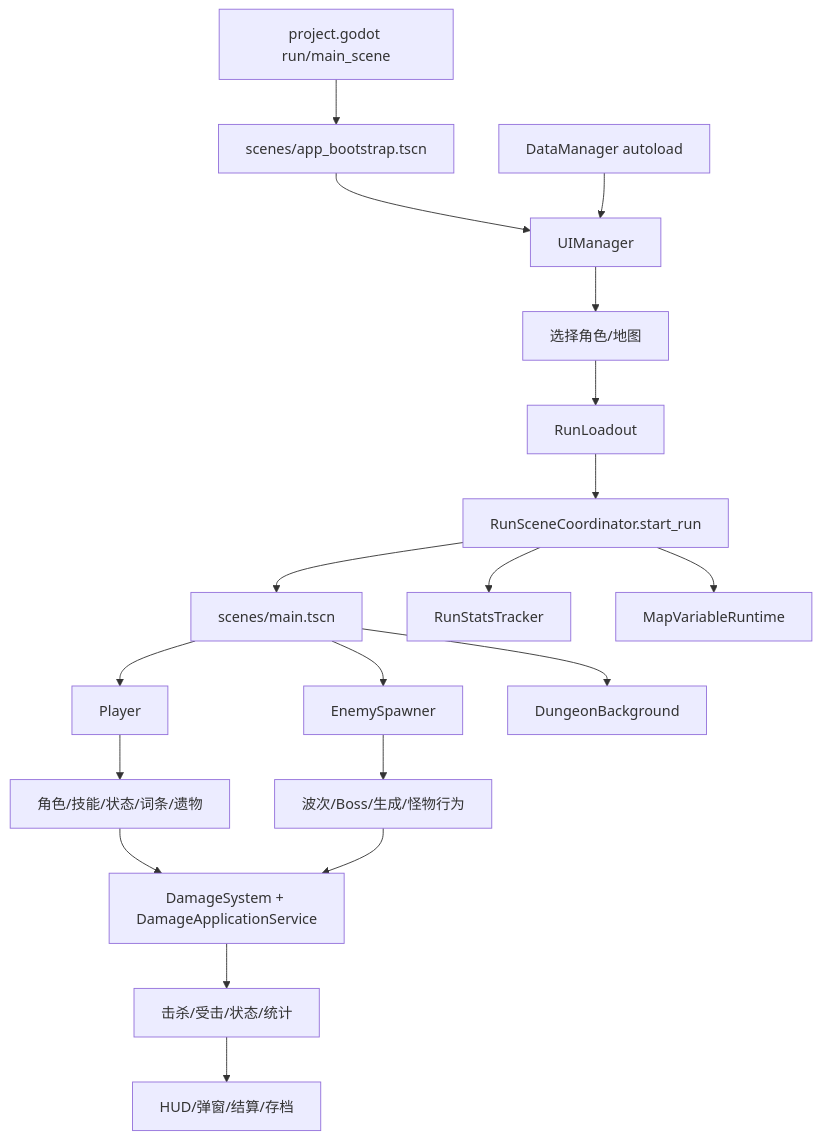
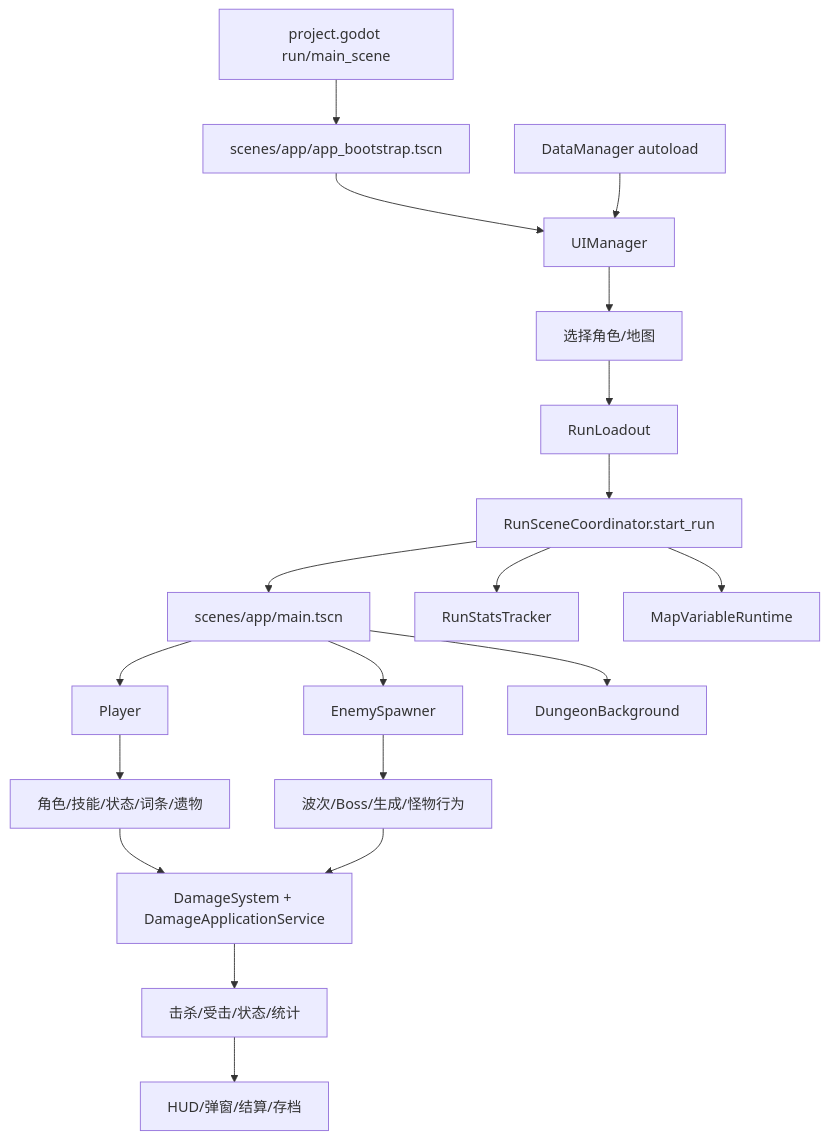
The first of 8 diagrams in docs/PROJECT_SYSTEMS_OVERVIEW.md (dengjunxicool-ai/roguelike_survivor), drawn with Mermaid before and after one commit. The commit also changed other lines of this file and 16 other files, not shown here.

````diff
--- a/docs/PROJECT_SYSTEMS_OVERVIEW.md
+++ b/docs/PROJECT_SYSTEMS_OVERVIEW.md
@@ -7,21 +7,21 @@
 ```mermaid
 flowchart TD
-    A["project.godot run/main_scene"] --> B["scenes/app_bootstrap.tscn"]
+    A["project.godot run/main_scene"] --> B["scenes/app/app_bootstrap.tscn"]
     B --> C["UIManager"]
     D["DataManager autoload"] --> C
     C --> E["选择角色/地图"]
     E --> F["RunLoadout"]
     F --> G["RunSceneCoordinator.start_run"]
-    G --> H["scenes/main.tscn"]
+    G --> H["scenes/app/main.tscn"]
     H --> I["Player"]
     H --> J["EnemySpawner"]
     H --> K["DungeonBackground"]
     G --> L["RunStatsTracker"]
     G --> M["MapVariableRuntime"]
     I --> N["角色/技能/状态/词条/遗物"]
     J --> O["波次/Boss/生成/怪物行为"]
     N --> P["DamageSystem + DamageApplicationService"]
     O --> P
     P --> Q["击杀/受击/状态/统计"]
     Q --> R["HUD/弹窗/结算/存档"]
 ```
````
